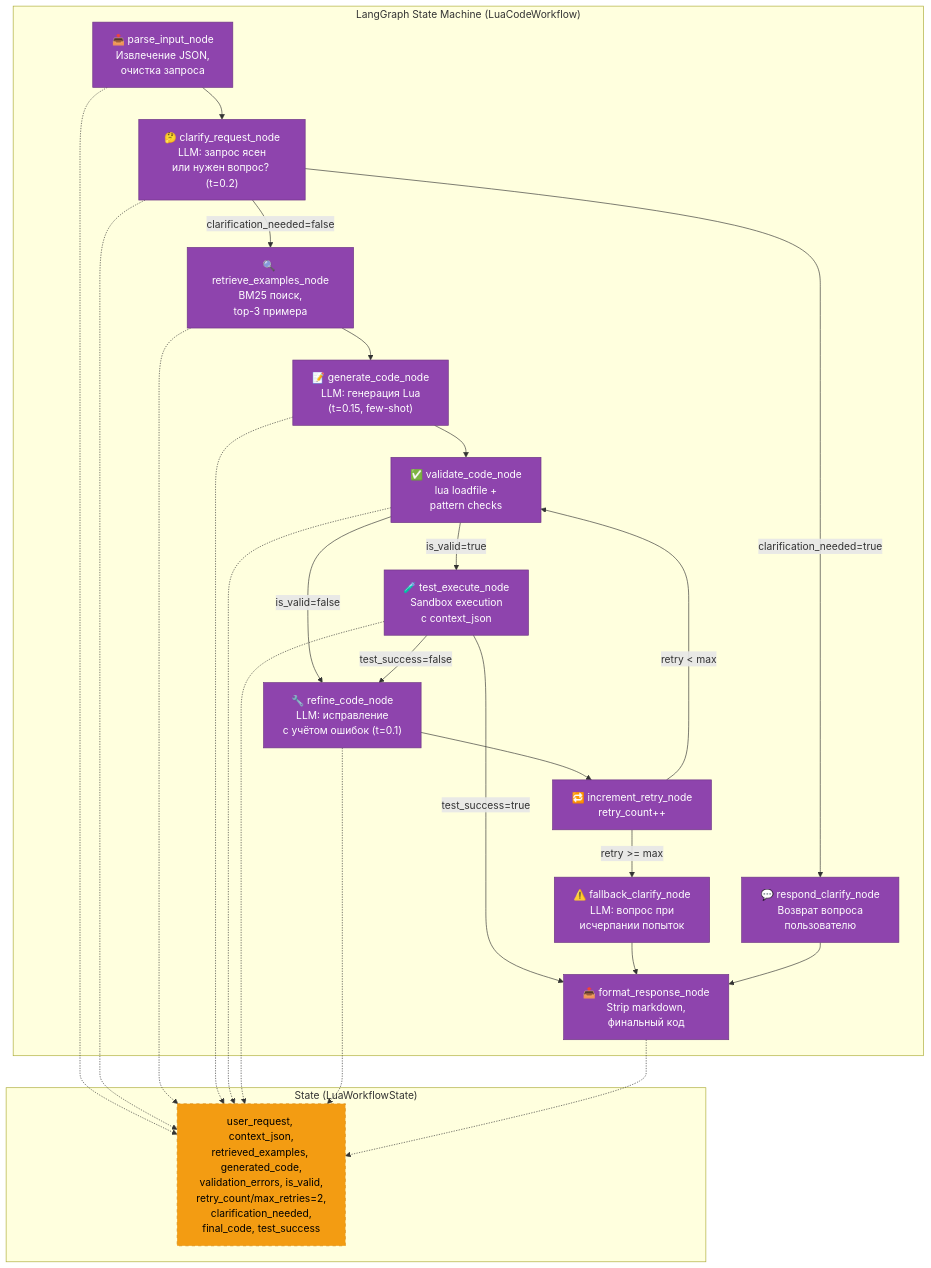
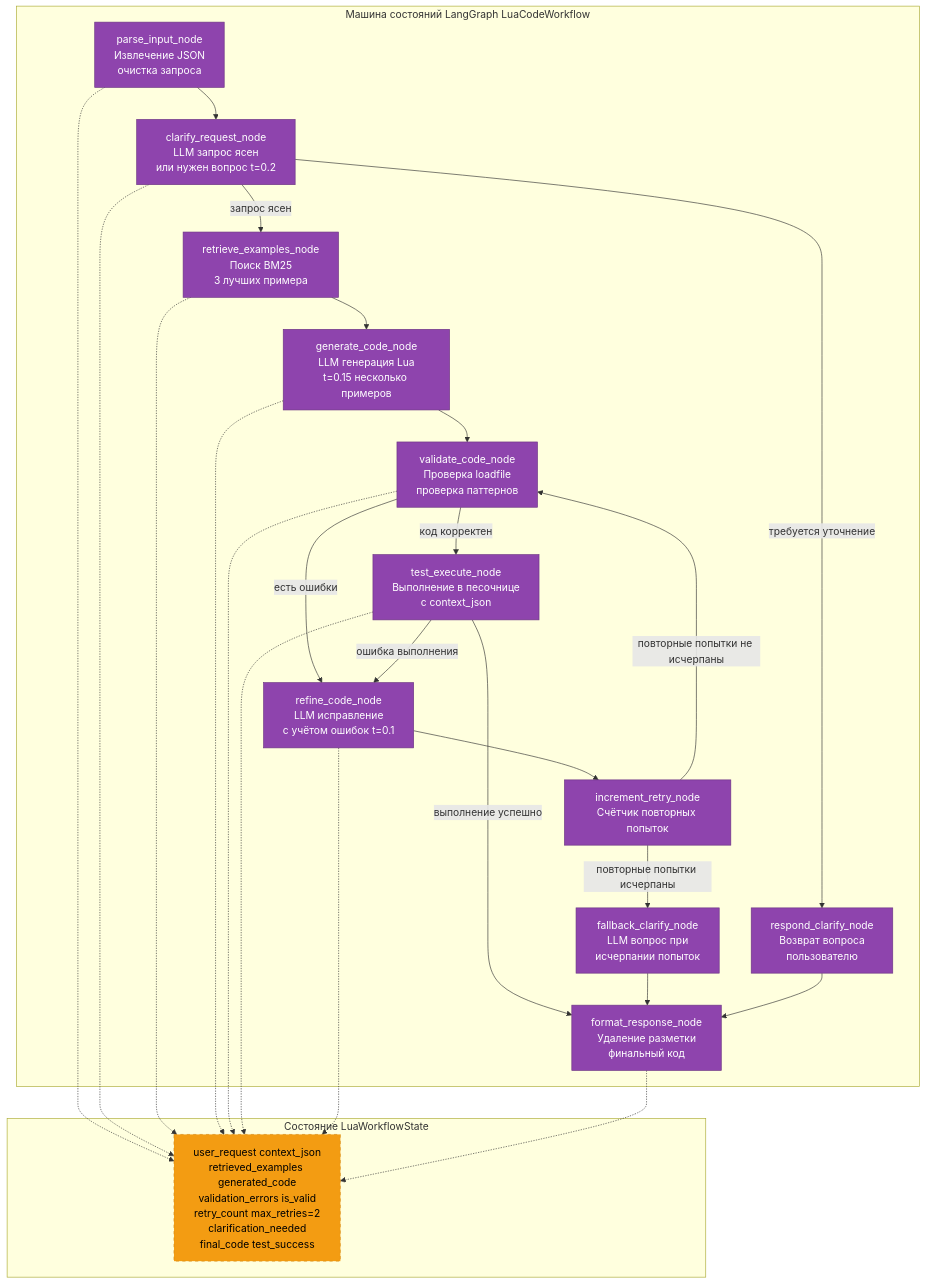
Before and after one commit to sergeyRN21/digital-lawyer: the third of 4 diagrams in README.md, drawn with Mermaid. The commit also changed other lines of this file, not shown here.

````diff
--- a/README.md
+++ b/README.md
@@ -102,50 +56,50 @@
 ```mermaid
 graph TB
-    subgraph "LangGraph State Machine (LuaCodeWorkflow)"
-        Parse["📥 parse_input_node\nИзвлечение JSON,\nочистка запроса"]:::component
-        Clarify["🤔 clarify_request_node\nLLM: запрос ясен\nили нужен вопрос? (t=0.2)"]:::component
-        Retrieve["🔍 retrieve_examples_node\nBM25 поиск,\ntop-3 примера"]:::component
-        Generate["📝 generate_code_node\nLLM: генерация Lua\n(t=0.15, few-shot)"]:::component
-        Validate["✅ validate_code_node\nlua loadfile +\npattern checks"]:::component
-        TestExec["🧪 test_execute_node\nSandbox execution\nс context_json"]:::component
-        Refine["🔧 refine_code_node\nLLM: исправление\nс учётом ошибок (t=0.1)"]:::component
-        Increment["🔁 increment_retry_node\nretry_count++"]:::component
-        RespondClar["💬 respond_clarify_node\nВозврат вопроса\nпользователю"]:::component
-        Fallback["⚠️ fallback_clarify_node\nLLM: вопрос при\nисчерпании попыток"]:::component
-        Format["📤 format_response_node\nStrip markdown,\nфинальный код"]:::component
+    subgraph "Машина состояний LangGraph LuaCodeWorkflow"
+        Parse["parse_input_node\nИзвлечение JSON\nочистка запроса"]:::component
+        Clarify["clarify_request_node\nLLM запрос ясен\nили нужен вопрос t=0.2"]:::component
+        Retrieve["retrieve_examples_node\nПоиск BM25\n3 лучших примера"]:::component
+        Generate["generate_code_node\nLLM генерация Lua\nt=0.15 несколько примеров"]:::component
+        Validate["validate_code_node\nПроверка loadfile\nпроверка паттернов"]:::component
+        TestExec["test_execute_node\nВыполнение в песочнице\nс context_json"]:::component
+        Refine["refine_code_node\nLLM исправление\nс учётом ошибок t=0.1"]:::component
+        Increment["increment_retry_node\nСчётчик повторных попыток"]:::component
+        RespondClar["respond_clarify_node\nВозврат вопроса\nпользователю"]:::component
+        Fallback["fallback_clarify_node\nLLM вопрос при\nисчерпании попыток"]:::component
+        Format["format_response_node\nУдаление разметки\nфинальный код"]:::component
     end
 
-    subgraph "State (LuaWorkflowState)"
-        State["user_request, context_json,\nretrieved_examples, generated_code,\nvalidation_errors, is_valid,\nretry_count/max_retries=2,\nclarification_needed,\nfinal_code, test_success"]:::state
+    subgraph "Состояние LuaWorkflowState"
+        State["user_request context_json\nretrieved_examples generated_code\nvalidation_errors is_valid\nretry_count max_retries=2\nclarification_needed\nfinal_code test_success"]:::state
     end
 
     Parse --> Clarify
-    Clarify -->|"clarification_needed=true"| RespondClar
-    Clarify -->|"clarification_needed=false"| Retrieve
+    Clarify -->|"требуется уточнение"| RespondClar
+    Clarify -->|"запрос ясен"| Retrieve
     Retrieve --> Generate
     Generate --> Validate
-    Validate -->|"is_valid=true"| TestExec
-    Validate -->|"is_valid=false"| Refine
-    TestExec -->|"test_success=true"| Format
-    TestExec -->|"test_success=false"| Refine
+    Validate -->|"код корректен"| TestExec
+    Validate -->|"есть ошибки"| Refine
+    TestExec -->|"выполнение успешно"| Format
+    TestExec -->|"ошибка выполнения"| Refine
     Refine --> Increment
-    Increment -->|"retry < max"| Validate
-    Increment -->|"retry >= max"| Fallback
+    Increment -->|"повторные попытки не исчерпаны"| Validate
+    Increment -->|"повторные попытки исчерпаны"| Fallback
     Fallback --> Format
     RespondClar --> Format
 
     Parse -.-> State
     Clarify -.-> State
     Retrieve -.-> State
     Generate -.-> State
     Validate -.-> State
     TestExec -.-> State
     Refine -.-> State
     Format -.-> State
 
     classDef system fill:#1168bd,color:#fff,stroke:#0b48a0
     classDef external fill:#999,color:#fff,stroke:#666
     classDef container fill:#2d8539,color:#fff,stroke:#236b2d
     classDef component fill:#8e44ad,color:#fff,stroke:#6c3483
     classDef state fill:#f39c12,color:#000,stroke:#d68910,stroke-dasharray: 5 5
 ```
````
